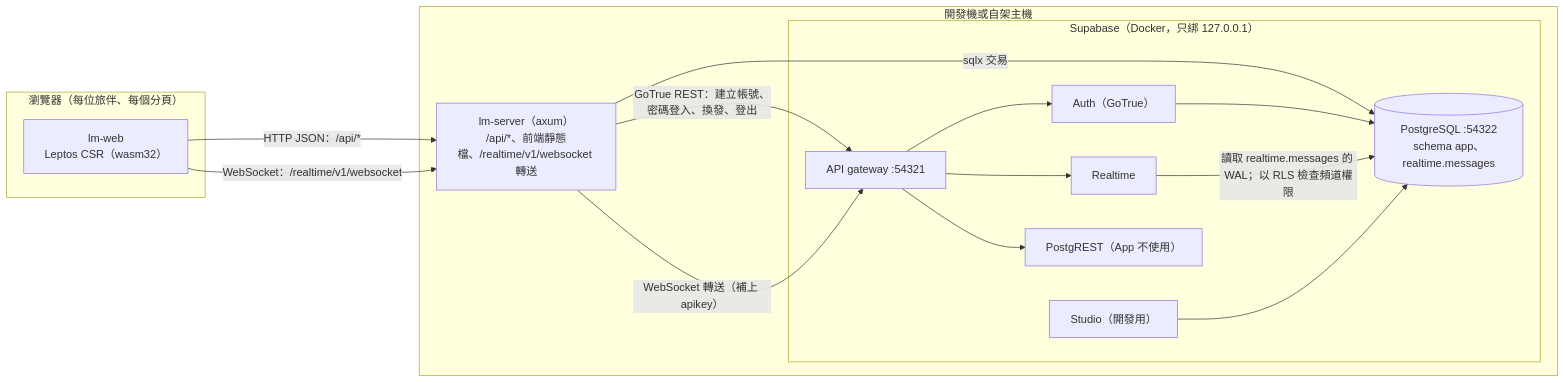
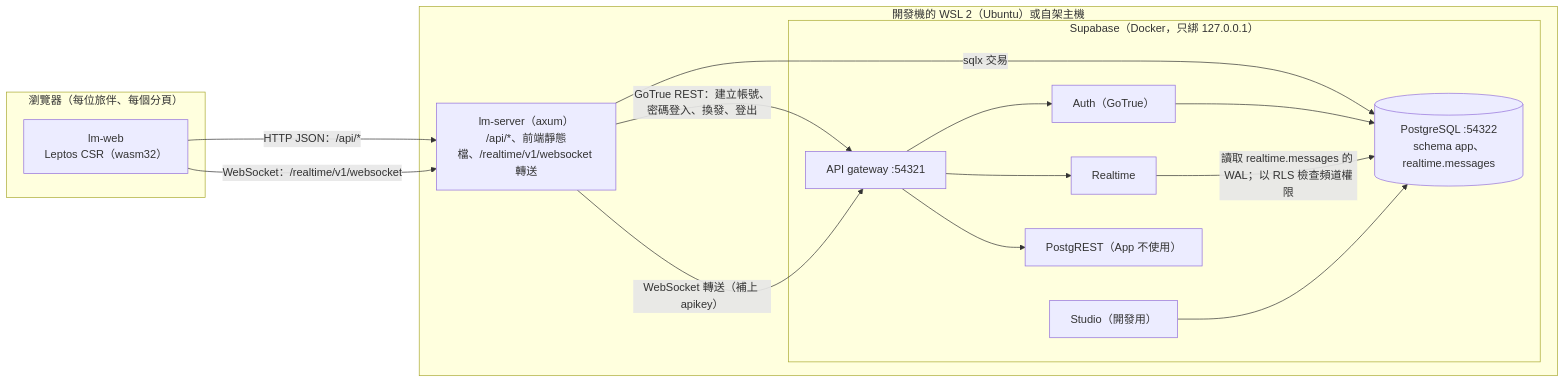
One commit to Raigorlin/little-moments changed the first of 5 diagrams in .kiro/specs/rust-supabase-rewrite/design.md. Above: the diagram before and after it, drawn with Mermaid. The commit also changed other lines of this file and 2 other files, not shown here.

````diff
--- a/.kiro/specs/rust-supabase-rewrite/design.md
+++ b/.kiro/specs/rust-supabase-rewrite/design.md
@@ -118,28 +119,28 @@
 ```mermaid
 flowchart LR
   subgraph Browser["瀏覽器（每位旅伴、每個分頁）"]
     W["lm-web<br/>Leptos CSR（wasm32）"]
   end
-  subgraph Host["開發機或自架主機"]
+  subgraph Host["開發機的 WSL 2（Ubuntu）或自架主機"]
     S["lm-server（axum）<br/>/api/*、前端靜態檔、/realtime/v1/websocket 轉送"]
     subgraph SB["Supabase（Docker，只綁 127.0.0.1）"]
       G["API gateway :54321"]
       A["Auth（GoTrue）"]
       R["Realtime"]
       DB[("PostgreSQL :54322<br/>schema app、realtime.messages")]
       ST["Studio（開發用）"]
       PR["PostgREST（App 不使用）"]
     end
   end
   W -- "HTTP JSON：/api/*" --> S
   W -- "WebSocket：/realtime/v1/websocket" --> S
   S -- "sqlx 交易" --> DB
   S -- "GoTrue REST：建立帳號、密碼登入、換發、登出" --> G
   S -- "WebSocket 轉送（補上 apikey）" --> G
   G --> A
   G --> R
   G --> PR
   A --> DB
   R -- "讀取 realtime.messages 的 WAL；以 RLS 檢查頻道權限" --> DB
   ST --> DB
 ```
````
